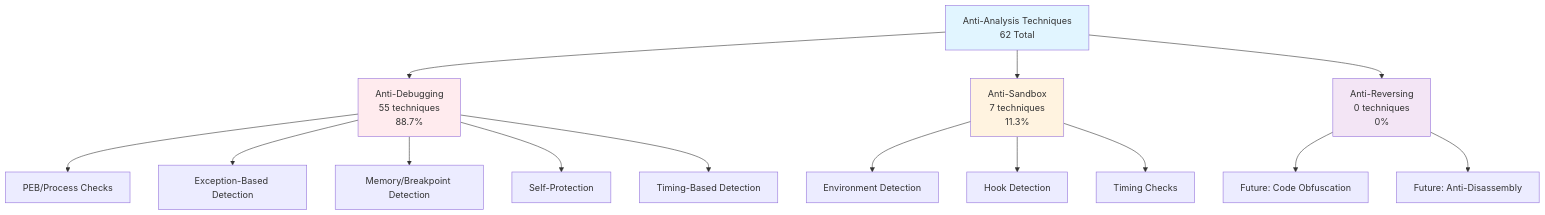
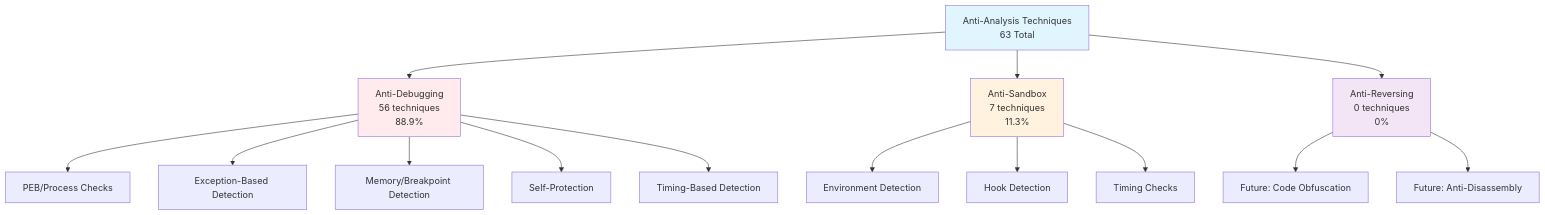
Before and after one commit to mabj/anti: the first of 8 diagrams in docs/diagrams/taxonomy.md, drawn with Mermaid. The commit also changed other lines of this file and 7 other files, not shown here.

````diff
--- a/docs/diagrams/taxonomy.md
+++ b/docs/diagrams/taxonomy.md
@@ -7,24 +7,24 @@
 ```mermaid
 graph TB
-    A[Anti-Analysis Techniques<br/>62 Total] --> B[Anti-Debugging<br/>55 techniques<br/>88.7%]
+    A[Anti-Analysis Techniques<br/>63 Total] --> B[Anti-Debugging<br/>56 techniques<br/>88.9%]
     A --> C[Anti-Sandbox<br/>7 techniques<br/>11.3%]
     A --> D[Anti-Reversing<br/>0 techniques<br/>0%]
 
     B --> B1[PEB/Process Checks]
     B --> B2[Exception-Based Detection]
     B --> B3[Memory/Breakpoint Detection]
     B --> B4[Self-Protection]
     B --> B5[Timing-Based Detection]
 
     C --> C1[Environment Detection]
     C --> C2[Hook Detection]
     C --> C3[Timing Checks]
 
     D --> D1[Future: Code Obfuscation]
     D --> D2[Future: Anti-Disassembly]
 
     style A fill:#e1f5ff
     style B fill:#ffebee
     style C fill:#fff3e0
     style D fill:#f3e5f5
 ```
````
